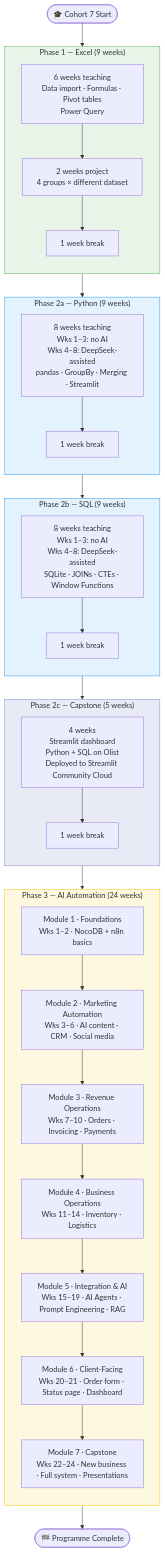
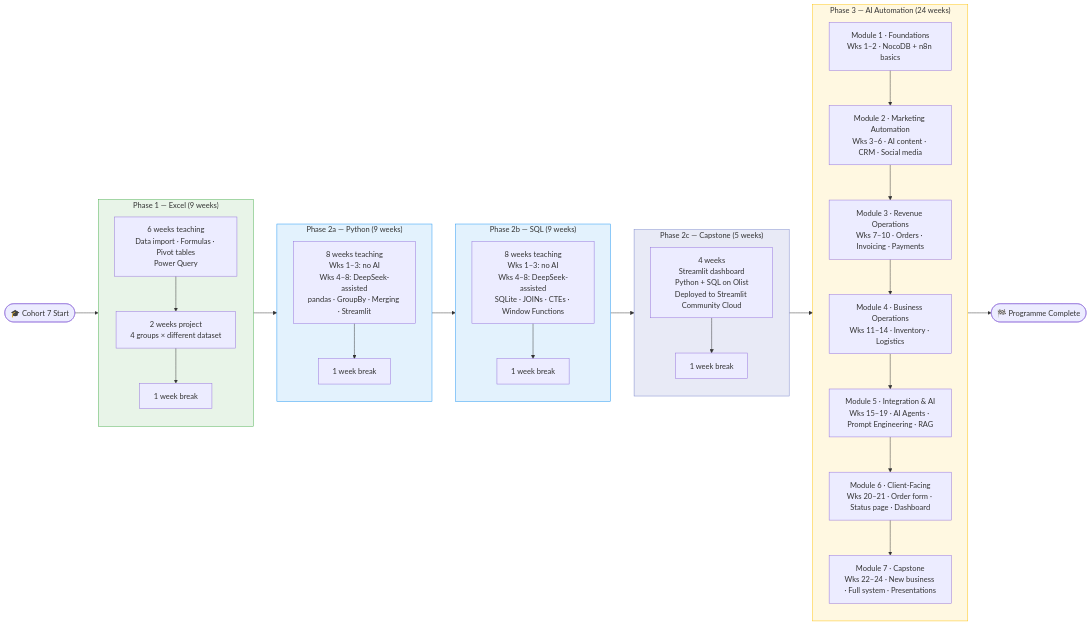
Before and after one commit to autom8or-com/data-analysis-and-ai-automation-course-cohort-7: the diagram in README.md, drawn with Mermaid.

Commit message:
Change flowchart direction from TD to LR
Update flowchart direction in README.md

````diff
--- a/README.md
+++ b/README.md
@@ -23,61 +23,61 @@
 ```mermaid
-flowchart TD
+flowchart LR
     A([🎓 Cohort 7 Start]) --> P1
 
     subgraph P1["Phase 1 — Excel  (9 weeks)"]
         direction TB
         P1T["6 weeks teaching\nData import · Formulas · Pivot tables\nPower Query"]
         P1P["2 weeks project\n4 groups × different dataset"]
         P1B["1 week break"]
         P1T --> P1P --> P1B
     end
 
     P1 --> P2A
 
     subgraph P2A["Phase 2a — Python  (9 weeks)"]
         direction TB
         P2AT["8 weeks teaching\nWks 1–3: no AI\nWks 4–8: DeepSeek-assisted\npandas · GroupBy · Merging · Streamlit"]
         P2AB["1 week break"]
         P2AT --> P2AB
     end
 
     P2A --> P2B
 
     subgraph P2B["Phase 2b — SQL  (9 weeks)"]
         direction TB
         P2BT["8 weeks teaching\nWks 1–3: no AI\nWks 4–8: DeepSeek-assisted\nSQLite · JOINs · CTEs · Window Functions"]
         P2BB["1 week break"]
         P2BT --> P2BB
     end
 
     P2B --> P2C
 
     subgraph P2C["Phase 2c — Capstone  (5 weeks)"]
         direction TB
         P2CT["4 weeks\nStreamlit dashboard\nPython + SQL on Olist\nDeployed to Streamlit Community Cloud"]
         P2CB["1 week break"]
         P2CT --> P2CB
     end
 
     P2C --> P3
 
     subgraph P3["Phase 3 — AI Automation  (24 weeks)"]
         direction TB
         M1["Module 1 · Foundations\nWks 1–2 · NocoDB + n8n basics"]
         M2["Module 2 · Marketing Automation\nWks 3–6 · AI content · CRM · Social media"]
         M3["Module 3 · Revenue Operations\nWks 7–10 · Orders · Invoicing · Payments"]
         M4["Module 4 · Business Operations\nWks 11–14 · Inventory · Logistics"]
         M5["Module 5 · Integration & AI\nWks 15–19 · AI Agents · Prompt Engineering · RAG"]
         M6["Module 6 · Client-Facing\nWks 20–21 · Order form · Status page · Dashboard"]
         M7["Module 7 · Capstone\nWks 22–24 · New business · Full system · Presentations"]
         M1 --> M2 --> M3 --> M4 --> M5 --> M6 --> M7
     end
 
     P3 --> Z([🏁 Programme Complete])
 
     style P1 fill:#e8f4e8,stroke:#4caf50
     style P2A fill:#e3f2fd,stroke:#2196f3
     style P2B fill:#e3f2fd,stroke:#2196f3
     style P2C fill:#e8eaf6,stroke:#7986cb
     style P3 fill:#fff8e1,stroke:#ffc107
 ```
````
